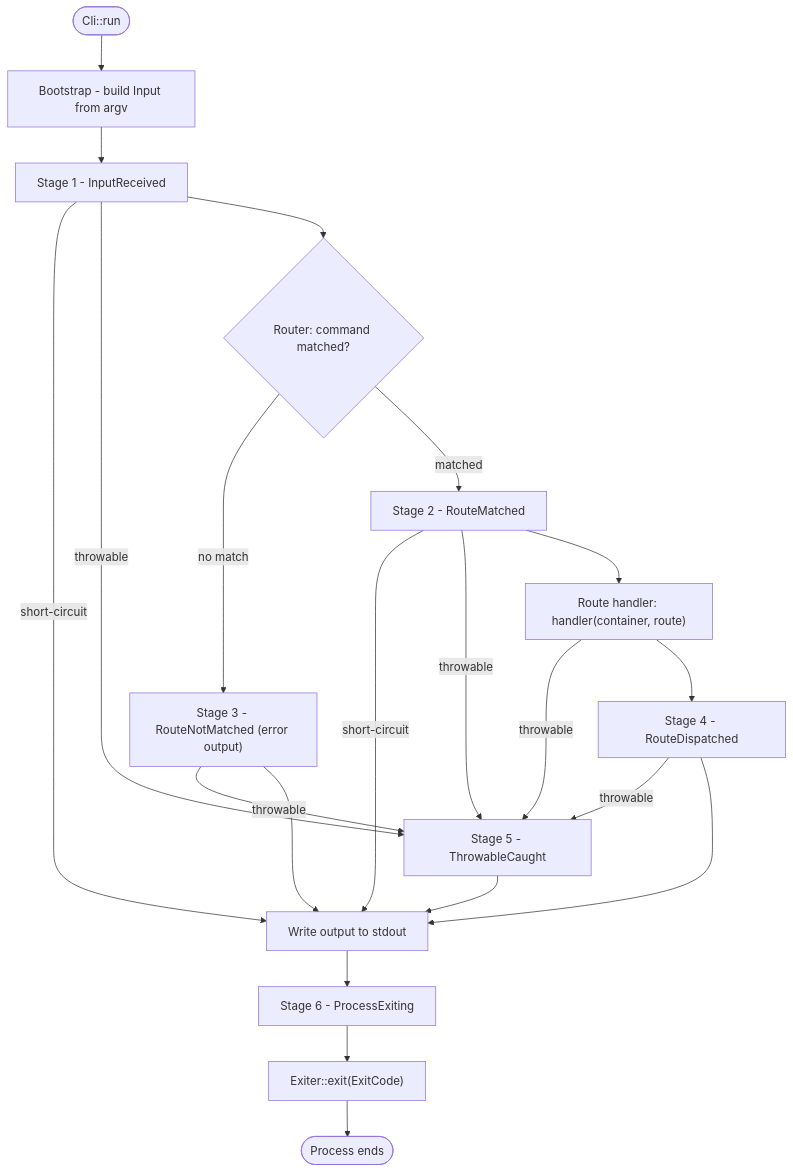
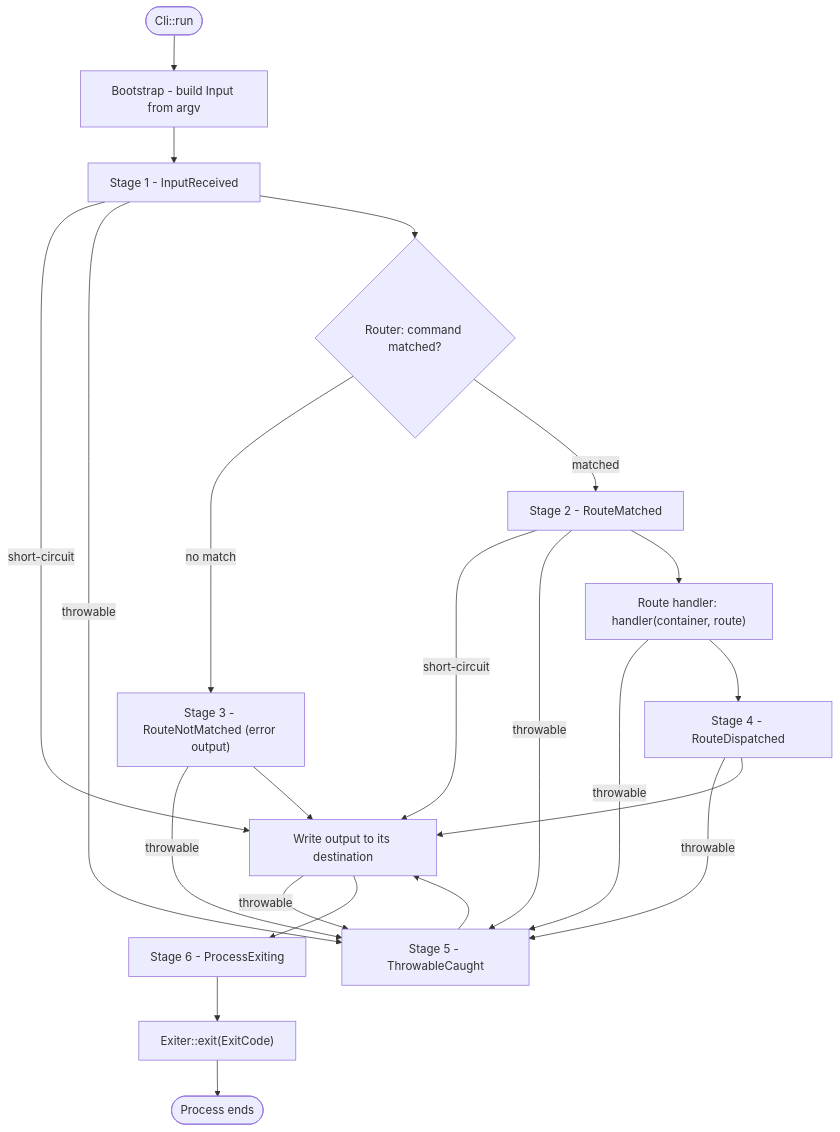
One commit to valkyrjaio/valkyrja changed the diagram in src/Valkyrja/Cli/README.md. Above: the diagram before and after it, drawn with Mermaid. The commit also changed other lines of this file and 20 other files, not shown here.

First line of the commit message:
[Cli] fix: Write CLI output to the configured file and stream (#1225)

````diff
--- a/src/Valkyrja/Cli/README.md
+++ b/src/Valkyrja/Cli/README.md
@@ -1306,23 +1470,24 @@
 ```mermaid
 flowchart TD
     A([Cli::run]) --> B[Bootstrap - build Input from argv]
     B --> C[Stage 1 - InputReceived]
-    C -->|"short-circuit"| H[Write output to stdout]
+    C -->|"short-circuit"| H[Write output to its destination]
     C -->|throwable| J[Stage 5 - ThrowableCaught]
     C --> D{"Router: command matched?"}
     D -->|"no match"| E["Stage 3 - RouteNotMatched (error output)"]
     D -->|matched| F[Stage 2 - RouteMatched]
     E -->|throwable| J
     E --> H
     F -->|"short-circuit"| H
     F -->|throwable| J
     F --> G["Route handler: handler(container, route)"]
     G -->|throwable| J
     G --> I[Stage 4 - RouteDispatched]
     I -->|throwable| J
     I --> H
     J --> H
+    H -->|throwable| J
     H --> K[Stage 6 - ProcessExiting]
     K --> L["Exiter::exit(ExitCode)"]
     L --> M([Process ends])
 ```
````
